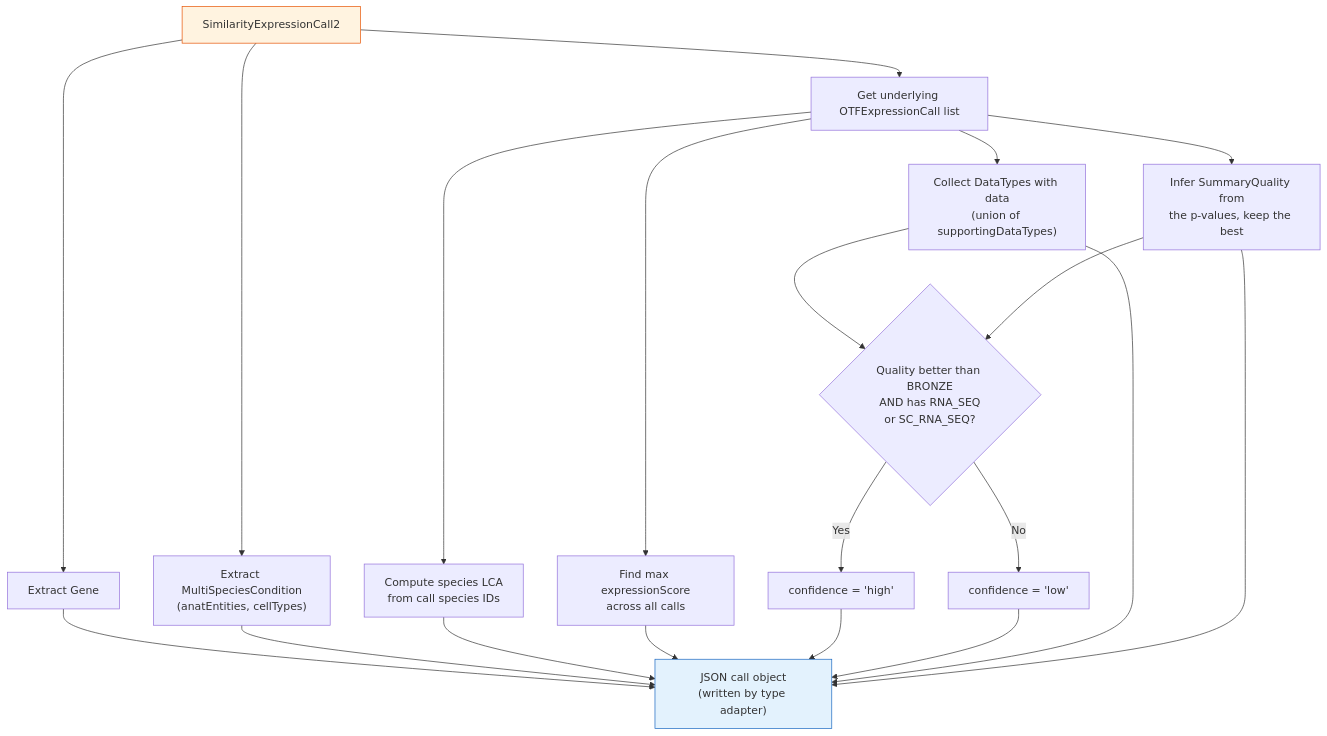
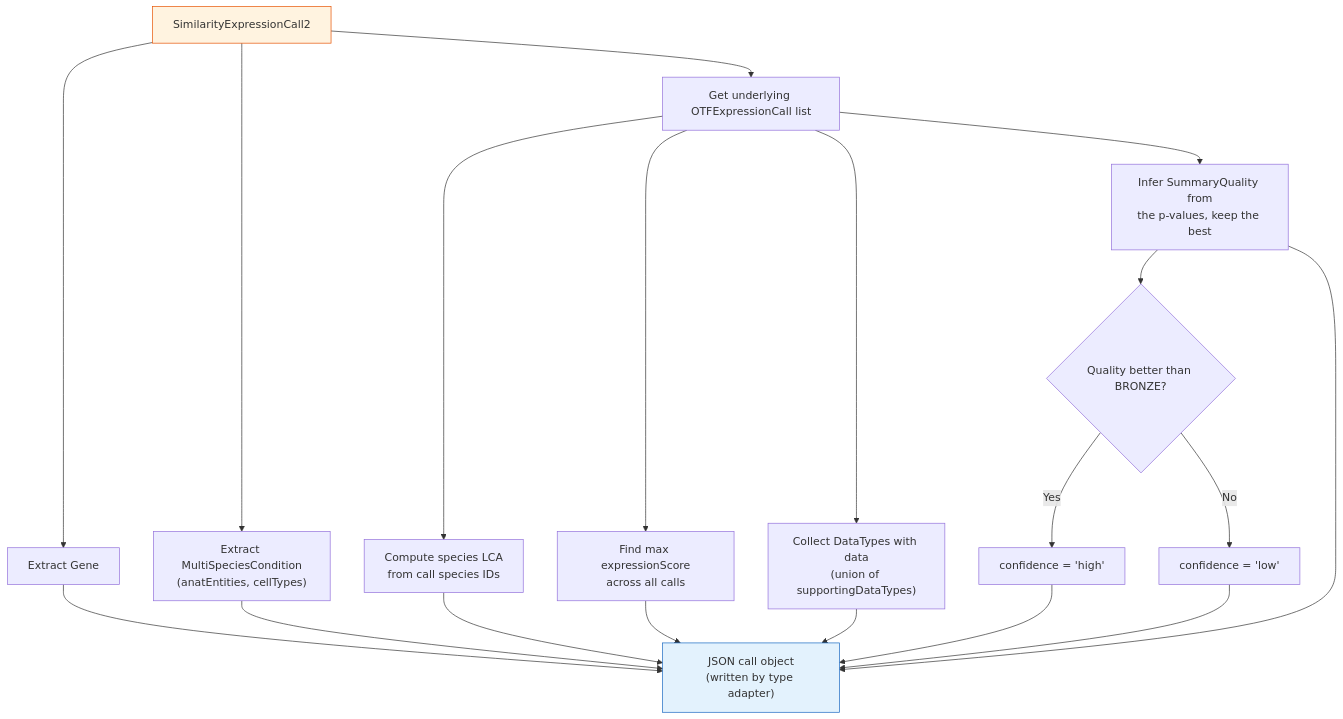
One commit to BgeeDB/bgee_apps changed the fourth of 4 diagrams in bgee-webapp/docs/multispec_expr_calls_endpoint.qmd. Above: the diagram before and after it, drawn with Mermaid. The commit also changed 1 other file, not shown here.

Commit message:
update the multispec endpoint doc for the score confidence based on the quality only, and re-render it with quarto 1.8.27

````diff
--- a/bgee-webapp/docs/multispec_expr_calls_endpoint.qmd
+++ b/bgee-webapp/docs/multispec_expr_calls_endpoint.qmd
@@ -334,29 +334,28 @@
 ```{mermaid}
 %%| fig-width: 8
 flowchart TD
     SC["SimilarityExpressionCall2"] --> GENE["Extract Gene"]
     SC --> MSC["Extract MultiSpeciesCondition<br/>(anatEntities, cellTypes)"]
     SC --> CALLS["Get underlying OTFExpressionCall list"]
 
     CALLS --> LCA["Compute species LCA<br/>from call species IDs"]
     CALLS --> SCORE["Find max expressionScore<br/>across all calls"]
     CALLS --> DT["Collect DataTypes with data<br/>(union of supportingDataTypes)"]
     CALLS --> QUAL["Infer SummaryQuality from<br/>the p-values, keep the best"]
 
-    DT --> CONF{"Quality better than BRONZE<br/>AND has RNA_SEQ<br/>or SC_RNA_SEQ?"}
-    QUAL --> CONF
+    QUAL --> CONF{"Quality better than BRONZE?"}
     CONF -->|Yes| HIGH["confidence = 'high'"]
     CONF -->|No| LOW["confidence = 'low'"]
 
     GENE --> ITEM
     MSC --> ITEM
     LCA --> ITEM
     SCORE --> ITEM
     HIGH --> ITEM
     LOW --> ITEM
     DT --> ITEM
     QUAL --> ITEM["JSON call object<br/>(written by type adapter)"]
 
     style SC fill:#fff3e0,stroke:#e65100
     style ITEM fill:#e3f2fd,stroke:#1565c0
 ```
````
